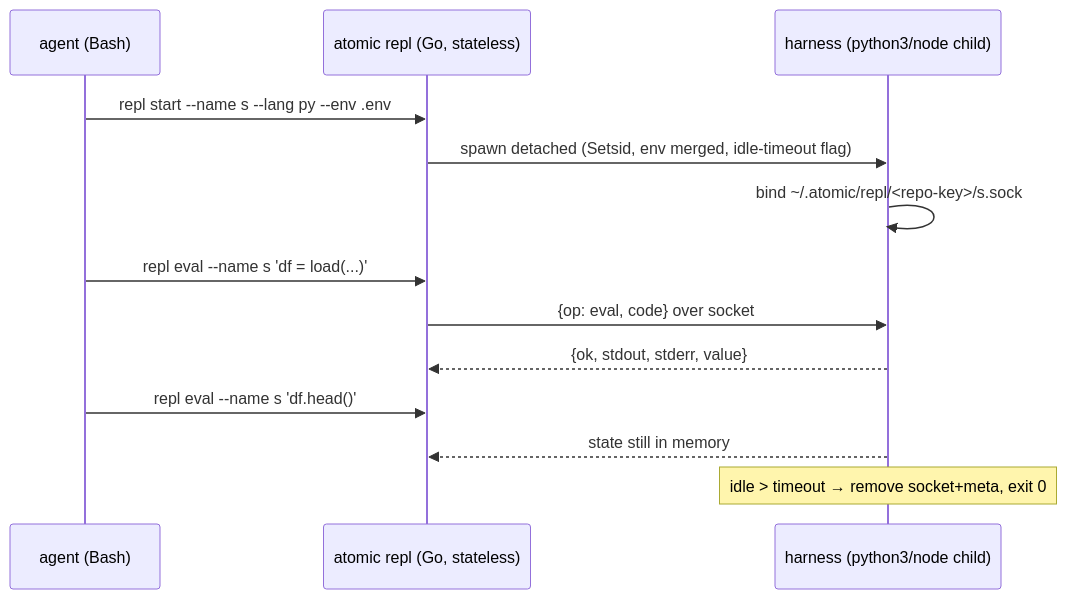
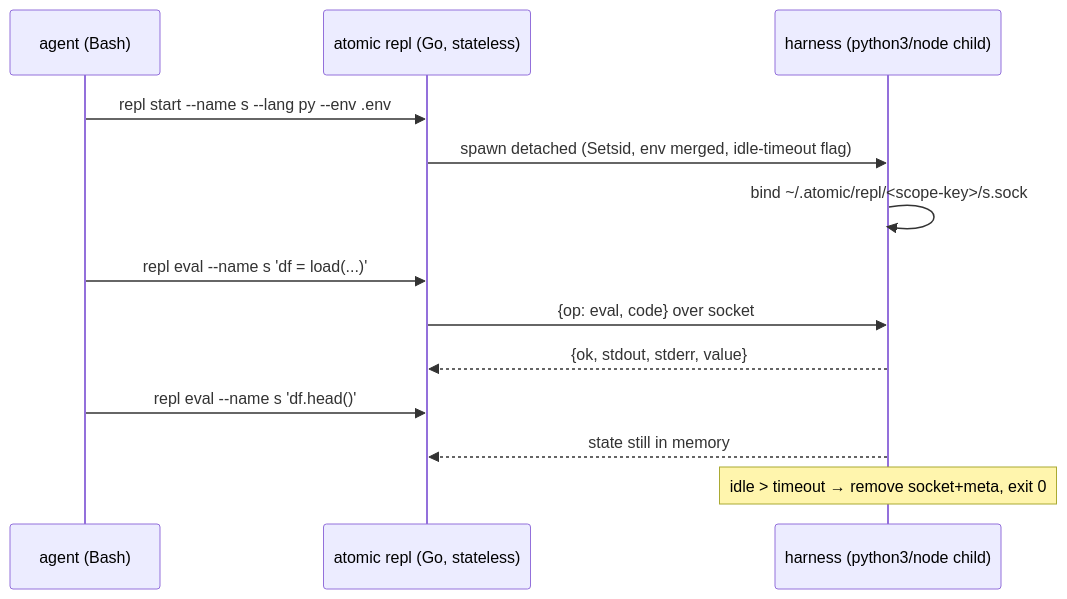
Before and after one commit to damusix/atomic-claude: the diagram in docs/design/atomic-repl.md, drawn with Mermaid. The commit also changed other lines of this file and 1 other file, not shown here.

Commit message:
docs(spec): fold challenge-swarm findings + realm scoping into atomic-repl

````diff
--- a/docs/design/atomic-repl.md
+++ b/docs/design/atomic-repl.md
@@ -13,16 +13,16 @@
 ```mermaid
 sequenceDiagram
     participant A as agent (Bash)
     participant CLI as atomic repl (Go, stateless)
     participant H as harness (python3/node child)
 
     A->>CLI: repl start --name s --lang py --env .env
     CLI->>H: spawn detached (Setsid, env merged, idle-timeout flag)
-    H->>H: bind ~/.atomic/repl/<repo-key>/s.sock
+    H->>H: bind ~/.atomic/repl/<scope-key>/s.sock
     A->>CLI: repl eval --name s 'df = load(...)'
     CLI->>H: {op: eval, code} over socket
     H-->>CLI: {ok, stdout, stderr, value}
     A->>CLI: repl eval --name s 'df.head()'
     H-->>CLI: state still in memory
     Note over H: idle > timeout → remove socket+meta, exit 0
 ```
````
